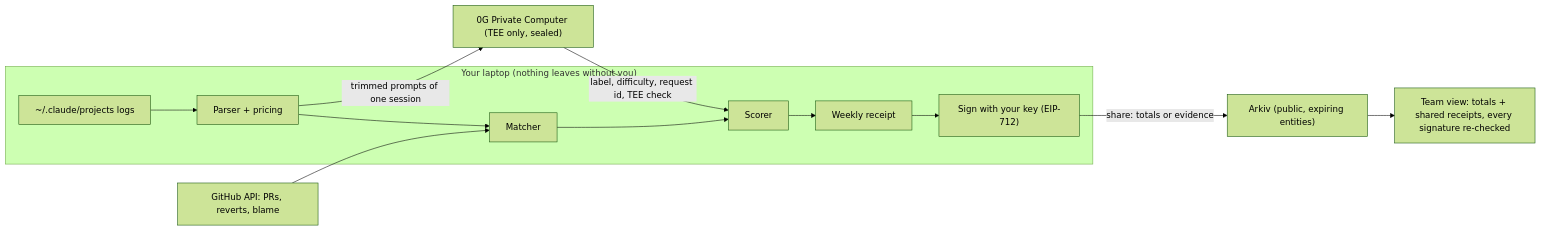
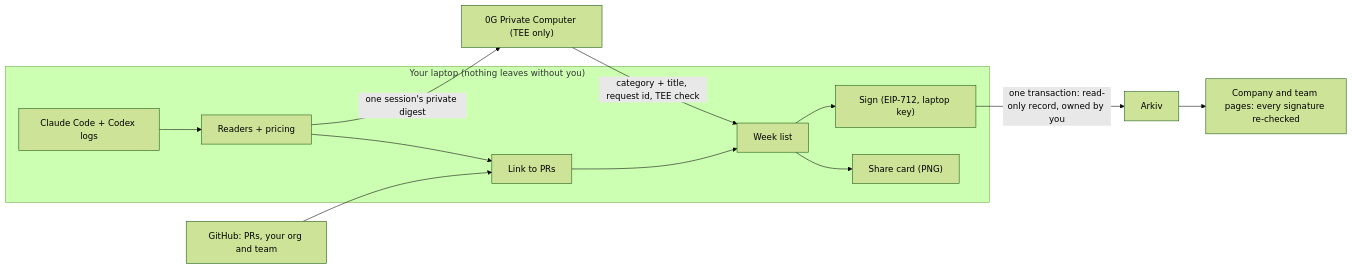
Before and after one commit to hrishi0102/juicebox: the diagram in README.md, drawn with Mermaid (forest theme). The commit also changed other lines of this file and 7 other files, not shown here.

First line of the commit message:
README and Arkiv docs for the week list, schema v2 and signer-owned records

````diff
--- a/README.md
+++ b/README.md
@@ -71,15 +71,15 @@
 ```mermaid
 flowchart LR
   subgraph Laptop["Your laptop (nothing leaves without you)"]
-    L["~/.claude/projects logs"] --> P["Parser + pricing"]
-    P --> M["Matcher"]
-    M --> S["Scorer"]
-    S --> R["Weekly receipt"]
-    R --> K["Sign with your key (EIP-712)"]
+    L["Claude Code + Codex logs"] --> P["Readers + pricing"]
+    P --> M["Link to PRs"]
+    M --> W["Week list"]
+    W --> C["Share card (PNG)"]
+    W --> K["Sign (EIP-712, laptop key)"]
   end
-  GH["GitHub API: PRs, reverts, blame"] --> M
-  P -- "trimmed prompts of one session" --> ZG["0G Private Computer (TEE only, sealed)"]
-  ZG -- "label, difficulty, request id, TEE check" --> S
-  K -- "share: totals or evidence" --> AK["Arkiv (public, expiring entities)"]
-  AK --> T["Team view: totals + shared receipts, every signature re-checked"]
+  GH["GitHub: PRs, your org and team"] --> M
+  P -- "one session's private digest" --> ZG["0G Private Computer (TEE only)"]
+  ZG -- "category + title, request id, TEE check" --> W
+  K -- "one transaction: read-only record, owned by you" --> AK["Arkiv"]
+  AK --> O["Company and team pages: every signature re-checked"]
 ```
````
